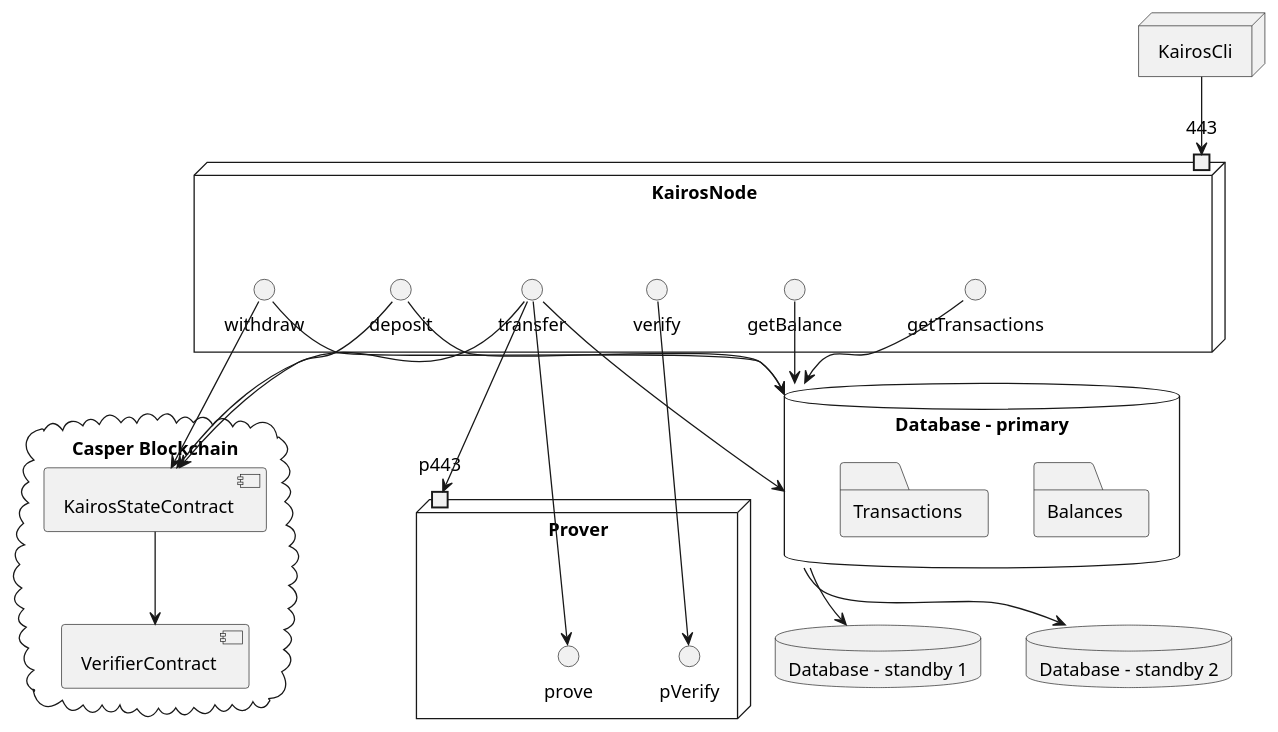
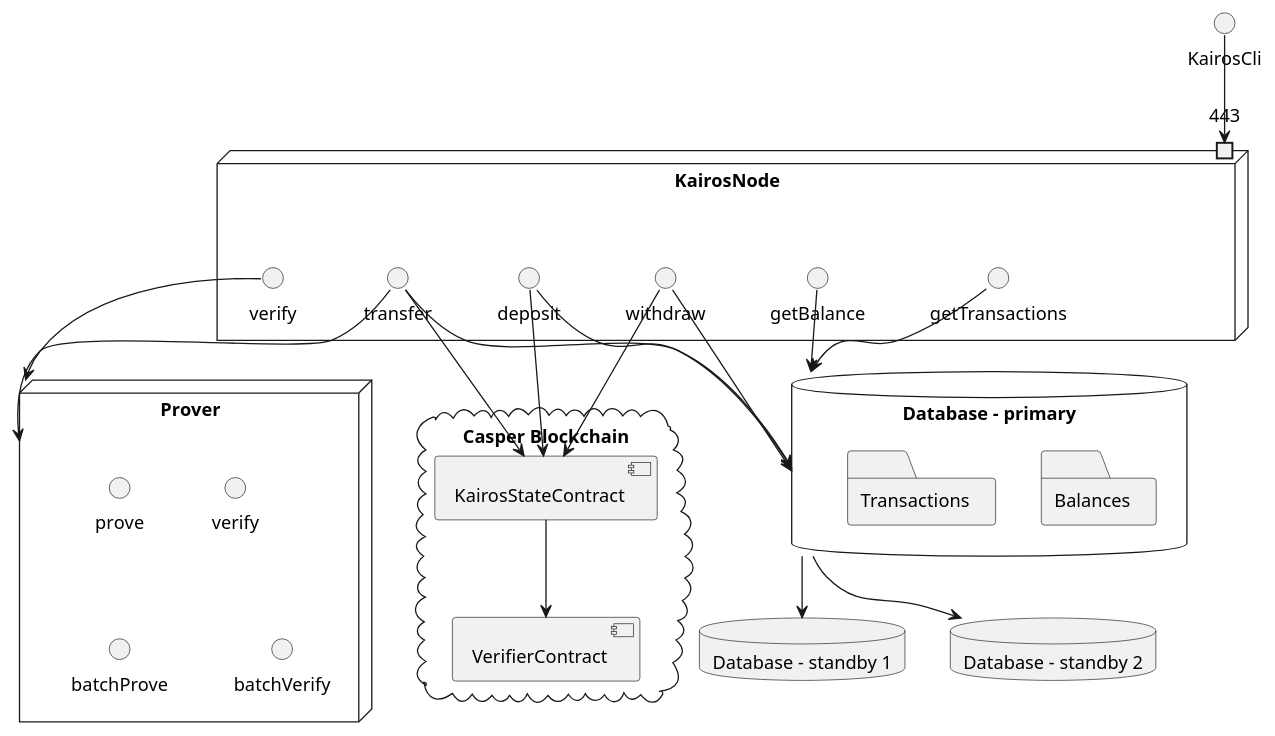
The diagram in diagrams/components_diagram.puml (cspr-rad/kairos-spec), drawn with PlantUML before and after one commit.

Commit message:
diagrams: update components diagram

```diff
--- a/diagrams/components_diagram.puml
+++ b/diagrams/components_diagram.puml
@@ -1,60 +1,57 @@
 @startuml
-node "KairosCli" {
-}
-
 node "KairosNode" {
   port 443
+  () "transfer"
+  () "verify"
   () "deposit"
   () "withdraw"
-  () "transfer"
-  () "verify"
   () "getBalance"
   () "getTransactions"
 }
 
 node "Prover" {
-  port p443
   () "prove"
-  () "pVerify"
+  () "verify" as pVerify
+  () "batchProve"
+  () "batchVerify"
 }
 
 database "Database - primary" {
   folder "Balances" {
   }
   folder "Transactions" {
   }
 }
 database "Database - standby 1" {
 }
 database "Database - standby 2" {
 }
 cloud "Casper Blockchain" {
   [VerifierContract]
   [KairosStateContract]
 }
 
 "KairosCli" --> "443"
 
-"transfer" --> "p443"
-"transfer"  --> "prove"
+"transfer"  --> "Prover"
 "transfer"  --> "Database - primary"
 "transfer"  --> "KairosStateContract"
 
 
 "deposit"  --> "KairosStateContract"
 "deposit"  --> "Database - primary"
 
 "withdraw"  --> "KairosStateContract"
 "withdraw"  --> "Database - primary"
 
-"verify" --> "pVerify"
+"verify" --> "Prover"
 
 "getBalance"  --> "Database - primary"
 
 "getTransactions"  --> "Database - primary"
 
 "Database - primary" --> "Database - standby 1"
 "Database - primary" --> "Database - standby 2"
 
 "KairosStateContract" --> "VerifierContract"
 @enduml
```
